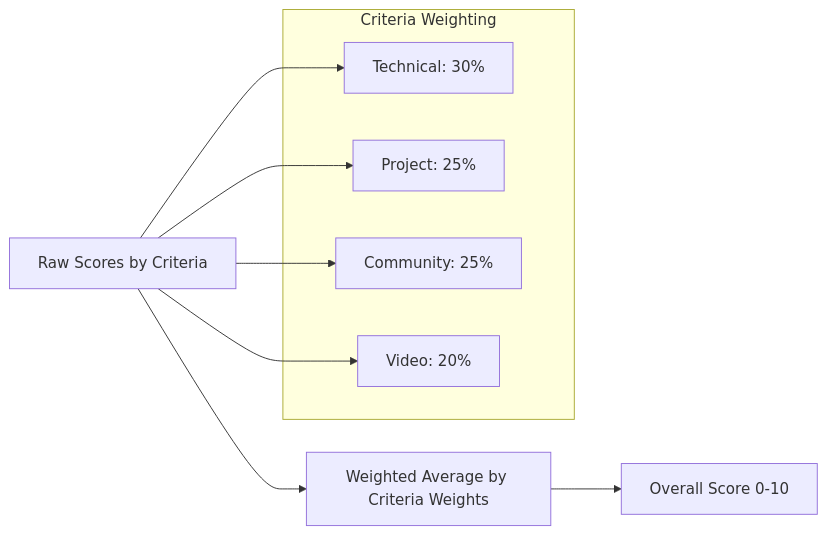
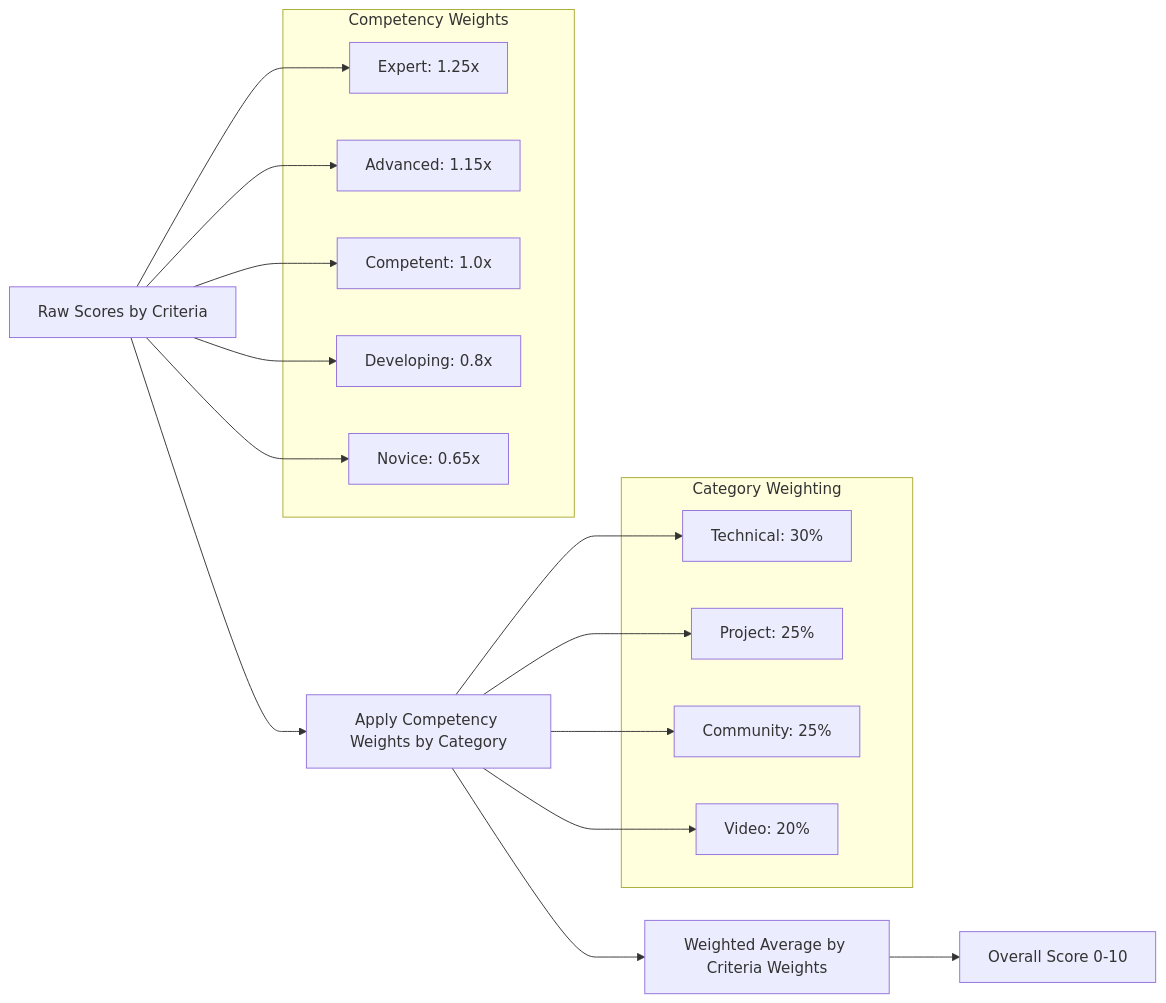
Before and after one commit to fundingthecommons/impactful-events: the second of 4 diagrams in docs/enhanced-reviewer-weighting-system.md, drawn with Mermaid. The commit also changed other lines of this file and 1 other file, not shown here.

First line of the commit message:
docs: enhance reviewer weighting system documentation with competency-to-criteria mapping

````diff
--- a/docs/enhanced-reviewer-weighting-system.md
+++ b/docs/enhanced-reviewer-weighting-system.md
@@ -59,17 +216,31 @@
 ```mermaid
 flowchart LR
-    A[Raw Scores by Criteria] --> B[Weighted Average by Criteria Weights]
-    B --> C[Overall Score 0-10]
+    A[Raw Scores by Criteria] --> B[Apply Competency Weights by Category]
+    B --> C[Weighted Average by Criteria Weights]
+    C --> D[Overall Score 0-10]
     
-    subgraph "Criteria Weighting"
-        D[Technical: 30%]
-        E[Project: 25%]
-        F[Community: 25%]
-        G[Video: 20%]
+    subgraph "Category Weighting"
+        E[Technical: 30%]
+        F[Project: 25%]
+        G[Community: 25%]
+        H[Video: 20%]
     end
     
-    A --> D
-    A --> E
-    A --> F
-    A --> G
+    subgraph "Competency Weights"
+        I[Expert: 1.25x]
+        J[Advanced: 1.15x]
+        K[Competent: 1.0x]
+        L[Developing: 0.8x]
+        M[Novice: 0.65x]
+    end
+    
+    A --> I
+    A --> J
+    A --> K
+    A --> L
+    A --> M
+    B --> E
+    B --> F
+    B --> G
+    B --> H
 ```
````
